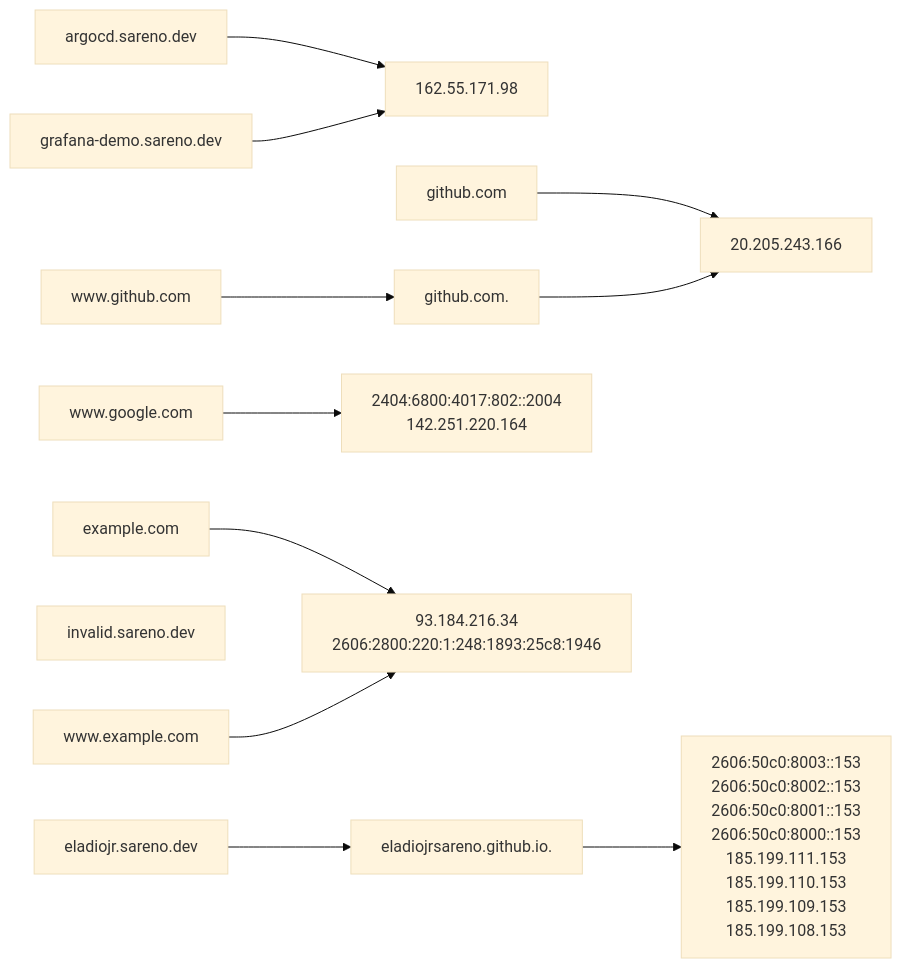
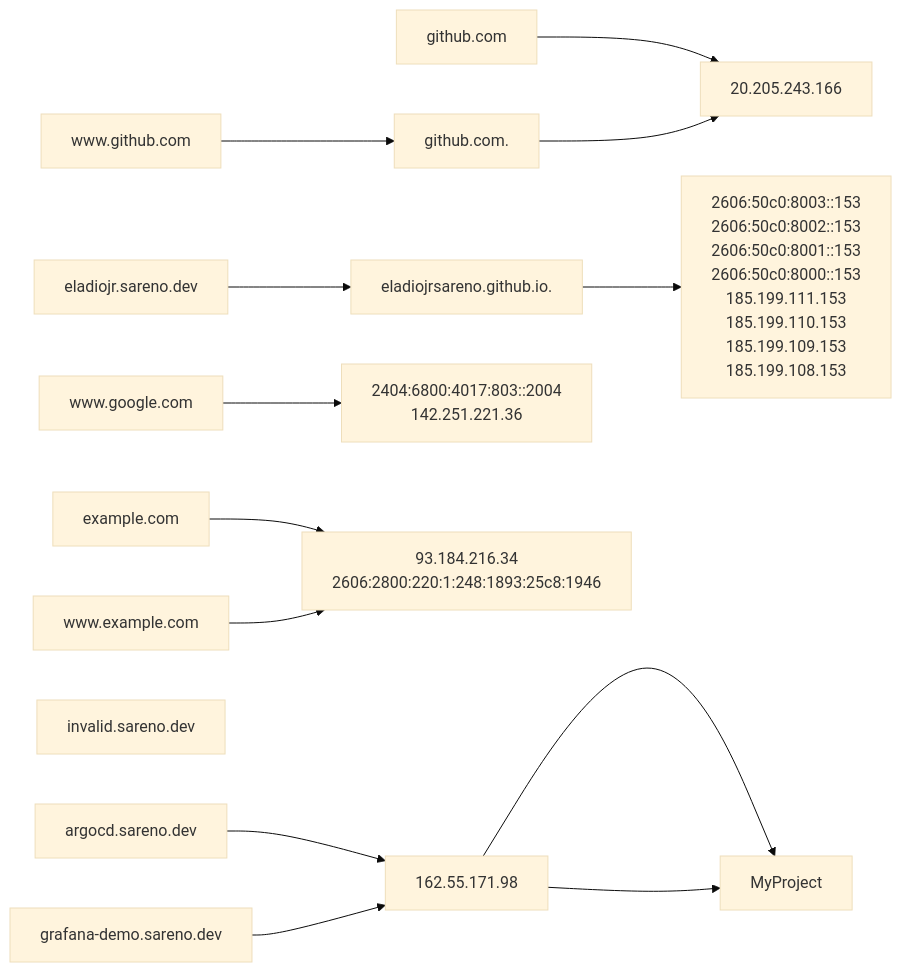
Before and after one commit to dev-sareno/baygon: the diagram in README.md, drawn with Mermaid (base theme). The commit also changed other lines of this file, not shown here.

````diff
--- a/README.md
+++ b/README.md
@@ -50,12 +56,14 @@
 ```mermaid
 flowchart LR
 c2208[github.com] --> bbe27[20.205.243.166]
 a2999[www.github.com] --> 675f6[github.com.] --> bbe27[20.205.243.166]
-d8b99[www.google.com] --> cb7e1[2404:6800:4017:802::2004<br/>142.251.220.164]
+d8b99[www.google.com] --> 48e9e[2404:6800:4017:803::2004<br/>142.251.221.36]
 0caaf[example.com] --> 97d24[93.184.216.34<br/>2606:2800:220:1:248:1893:25c8:1946]
 06850[www.example.com] --> 97d24[93.184.216.34<br/>2606:2800:220:1:248:1893:25c8:1946]
 fc57c[eladiojr.sareno.dev] --> da973[eladiojrsareno.github.io.] --> 0ed1b[2606:50c0:8003::153<br/>2606:50c0:8002::153<br/>2606:50c0:8001::153<br/>2606:50c0:8000::153<br/>185.199.111.153<br/>185.199.110.153<br/>185.199.109.153<br/>185.199.108.153]
 39f8f[invalid.sareno.dev]
 ba272[argocd.sareno.dev] --> 22449[162.55.171.98]
+22449[162.55.171.98] --> b3295[MyProject]
 a6d6c[grafana-demo.sareno.dev] --> 22449[162.55.171.98]
+22449[162.55.171.98] --> b3295[MyProject]
 ```
````
